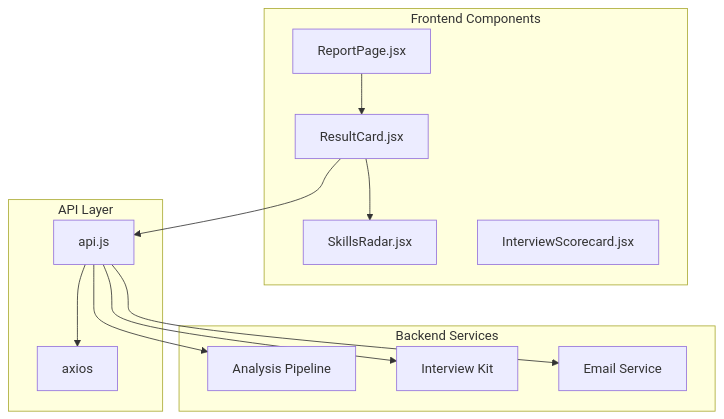
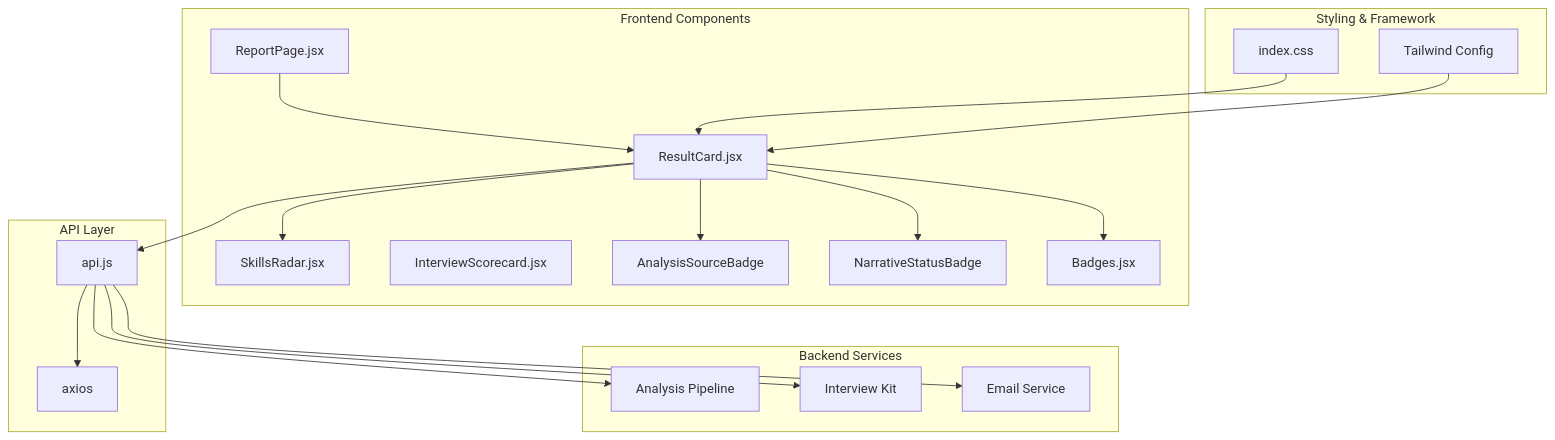
One commit to Revanththetalogics/aireume changed the first of 13 diagrams in .qoder/repowiki/en/content/Frontend Architecture/Component Library/Result Card Component.md. Above: the diagram before and after it, drawn with Mermaid. The commit also changed other lines of this file and 15 other files, not shown here.

````diff
--- a/.qoder/repowiki/en/content/Frontend Architecture/Component Library/Result Card Component.md
+++ b/.qoder/repowiki/en/content/Frontend Architecture/Component Library/Result Card Component.md
@@ -33,25 +49,37 @@
 ```mermaid
 graph TB
 subgraph "Frontend Components"
 RC[ResultCard.jsx]
 SR[SkillsRadar.jsx]
 IS[InterviewScorecard.jsx]
 RP[ReportPage.jsx]
+AB[AnalysisSourceBadge]
+NB[NarrativeStatusBadge]
+BB[Badges.jsx]
 end
 subgraph "API Layer"
 API[api.js]
 AX[axios]
+end
+subgraph "Styling & Framework"
+CSS[index.css]
+TW[Tailwind Config]
 end
 subgraph "Backend Services"
 AP[Analysis Pipeline]
 IK[Interview Kit]
 EM[Email Service]
 end
 RC --> SR
 RC --> API
+RC --> AB
+RC --> NB
+RC --> BB
 API --> AX
 API --> AP
 API --> IK
 API --> EM
 RP --> RC
+CSS --> RC
+TW --> RC
 ```
````
